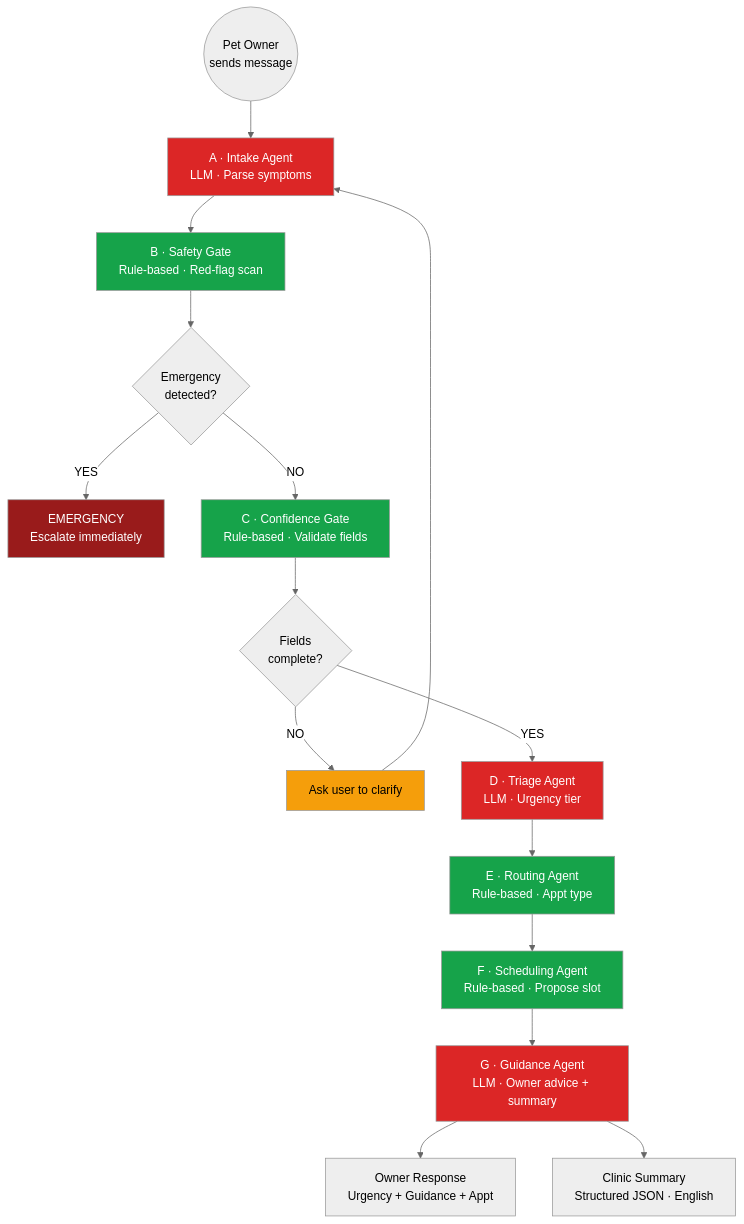
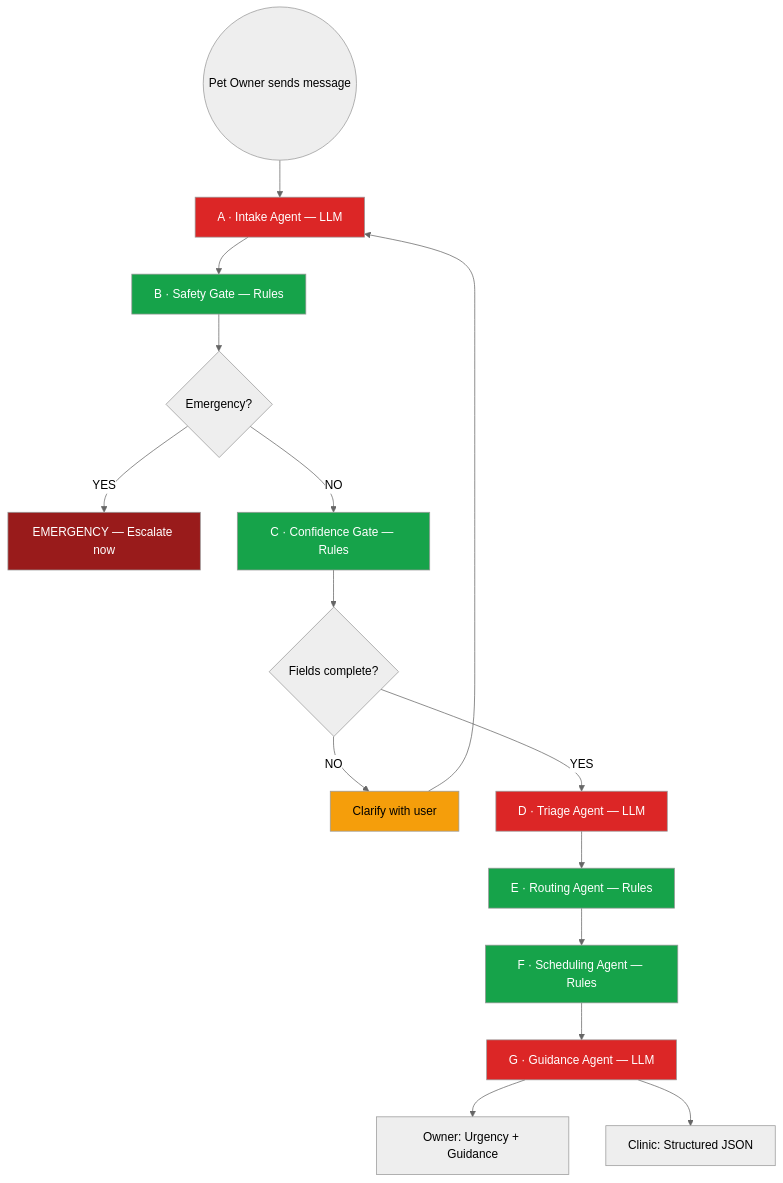
The second of 4 diagrams in README.md (FergieFeng/resume-alignment-engine), drawn with Mermaid (neutral theme) before and after one commit. The commit also changed other lines of this file, not shown here.

First line of the commit message:
fix: rewrite all mermaid diagrams for reliable GitHub rendering

````diff
--- a/README.md
+++ b/README.md
@@ -82,28 +83,29 @@
 ```mermaid
 graph TD
-    START(("Pet Owner<br/>sends message"))
-    START --> A["A · Intake Agent<br/>LLM · Parse symptoms"]
-    A --> B["B · Safety Gate<br/>Rule-based · Red-flag scan"]
-    B --> B_CHECK{Emergency<br/>detected?}
-    B_CHECK -- YES --> EMRG["EMERGENCY<br/>Escalate immediately"]
-    B_CHECK -- NO --> C["C · Confidence Gate<br/>Rule-based · Validate fields"]
-    C --> C_CHECK{Fields<br/>complete?}
-    C_CHECK -- NO --> LOOP["Ask user to clarify"]
+    START(("Pet Owner sends message"))
+
+    START --> A["A · Intake Agent — LLM"]
+    A --> B["B · Safety Gate — Rules"]
+    B --> B_Q{"Emergency?"}
+    B_Q -- YES --> EM["EMERGENCY — Escalate now"]
+    B_Q -- NO --> CC["C · Confidence Gate — Rules"]
+    CC --> C_Q{"Fields complete?"}
+    C_Q -- NO --> LOOP["Clarify with user"]
     LOOP --> A
-    C_CHECK -- YES --> D["D · Triage Agent<br/>LLM · Urgency tier"]
-    D --> E["E · Routing Agent<br/>Rule-based · Appt type"]
-    E --> F["F · Scheduling Agent<br/>Rule-based · Propose slot"]
-    F --> G_AGENT["G · Guidance Agent<br/>LLM · Owner advice + summary"]
-    G_AGENT --> OUT1["Owner Response<br/>Urgency + Guidance + Appt"]
-    G_AGENT --> OUT2["Clinic Summary<br/>Structured JSON · English"]
+    C_Q -- YES --> D["D · Triage Agent — LLM"]
+    D --> E["E · Routing Agent — Rules"]
+    E --> FF["F · Scheduling Agent — Rules"]
+    FF --> GA["G · Guidance Agent — LLM"]
+    GA --> OUT1["Owner: Urgency + Guidance"]
+    GA --> OUT2["Clinic: Structured JSON"]
 
     style A fill:#dc2626,color:#fff
+    style D fill:#dc2626,color:#fff
+    style GA fill:#dc2626,color:#fff
     style B fill:#16a34a,color:#fff
-    style C fill:#16a34a,color:#fff
-    style D fill:#dc2626,color:#fff
+    style CC fill:#16a34a,color:#fff
     style E fill:#16a34a,color:#fff
-    style F fill:#16a34a,color:#fff
-    style G_AGENT fill:#dc2626,color:#fff
-    style EMRG fill:#991b1b,color:#fff
+    style FF fill:#16a34a,color:#fff
+    style EM fill:#991b1b,color:#fff
     style LOOP fill:#f59e0b,color:#000
 ```
````
